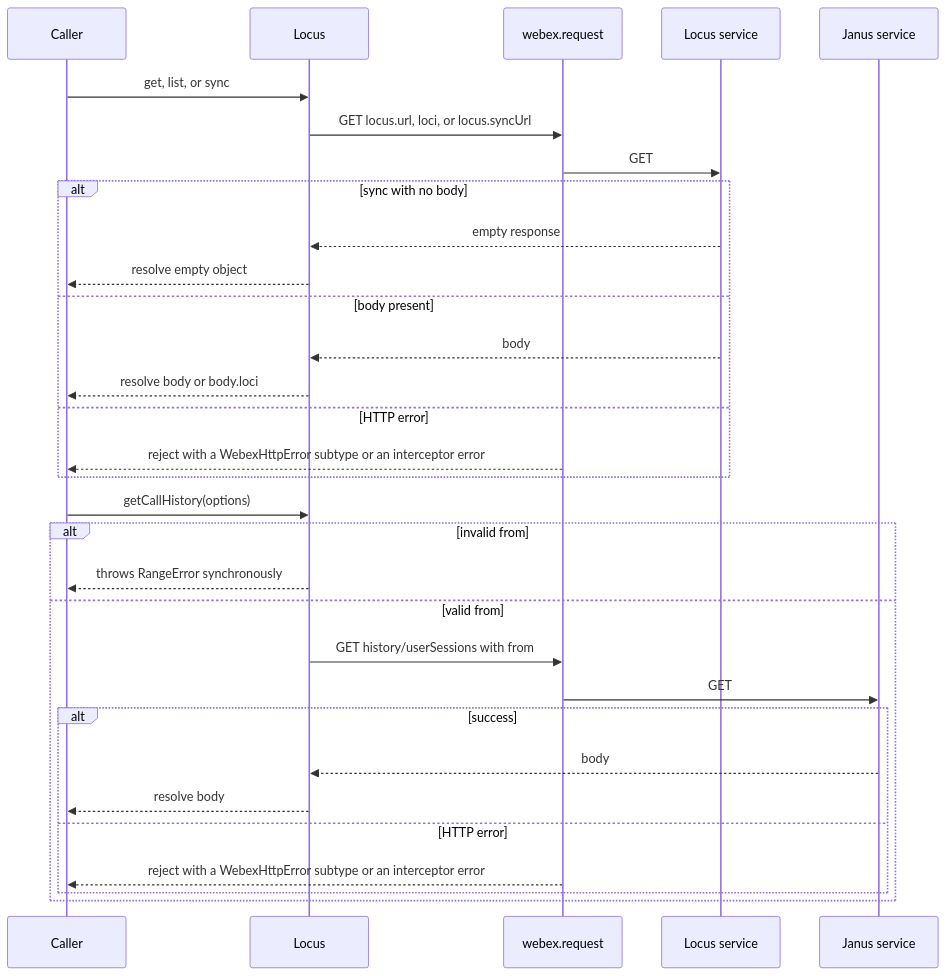
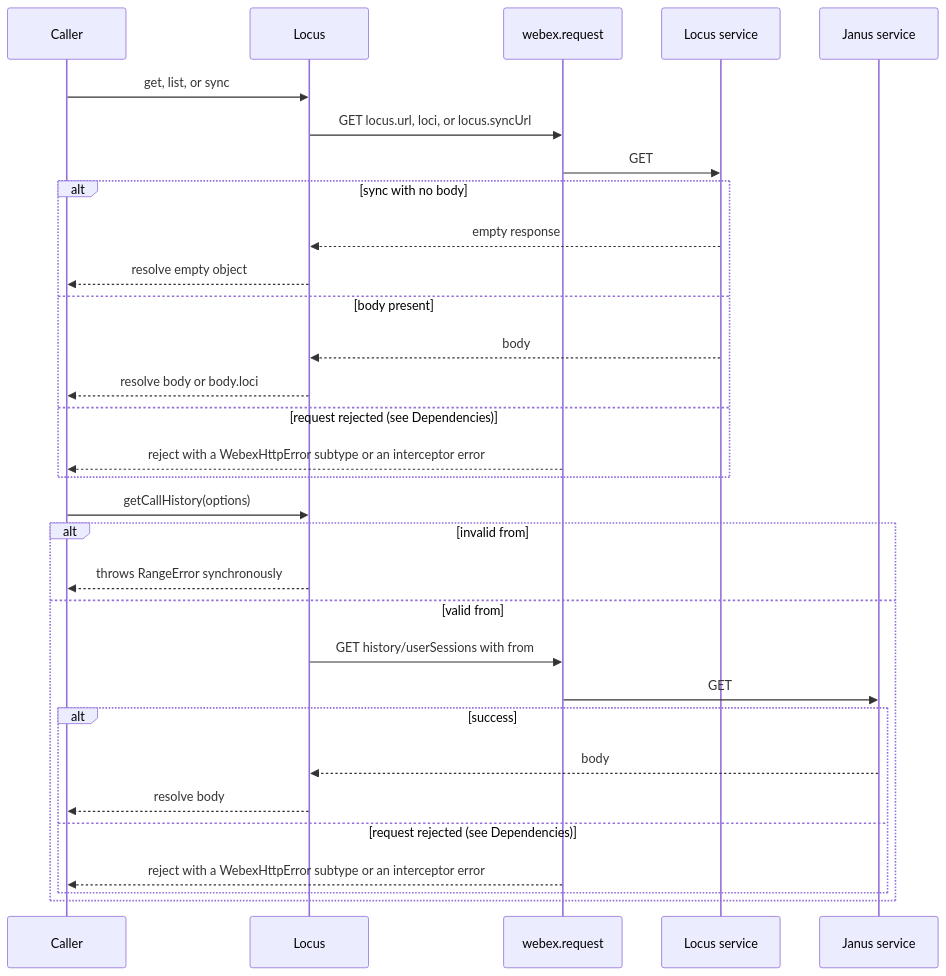
The third of 5 diagrams in packages/@webex/internal-plugin-locus/src/docs/README.md (webex/webex-js-sdk), drawn with Mermaid before and after one commit. The commit also changed other lines of this file and 1 other file, not shown here.

````diff
--- a/packages/@webex/internal-plugin-locus/src/docs/README.md
+++ b/packages/@webex/internal-plugin-locus/src/docs/README.md
@@ -260,33 +261,33 @@
 ```mermaid
 sequenceDiagram
   participant Caller
   participant Locus
   participant Request as webex.request
   participant LocusSvc as Locus service
   participant Janus as Janus service
   Caller->>Locus: get, list, or sync
   Locus->>Request: GET locus.url, loci, or locus.syncUrl
   Request->>LocusSvc: GET
   alt sync with no body
     LocusSvc-->>Locus: empty response
     Locus-->>Caller: resolve empty object
   else body present
     LocusSvc-->>Locus: body
     Locus-->>Caller: resolve body or body.loci
-  else HTTP error
+  else request rejected (see Dependencies)
     Request-->>Caller: reject with a WebexHttpError subtype or an interceptor error
   end
   Caller->>Locus: getCallHistory(options)
   alt invalid from
     Locus-->>Caller: throws RangeError synchronously
   else valid from
     Locus->>Request: GET history/userSessions with from
     Request->>Janus: GET
     alt success
       Janus-->>Locus: body
       Locus-->>Caller: resolve body
-    else HTTP error
+    else request rejected (see Dependencies)
       Request-->>Caller: reject with a WebexHttpError subtype or an interceptor error
     end
   end
 ```
````
